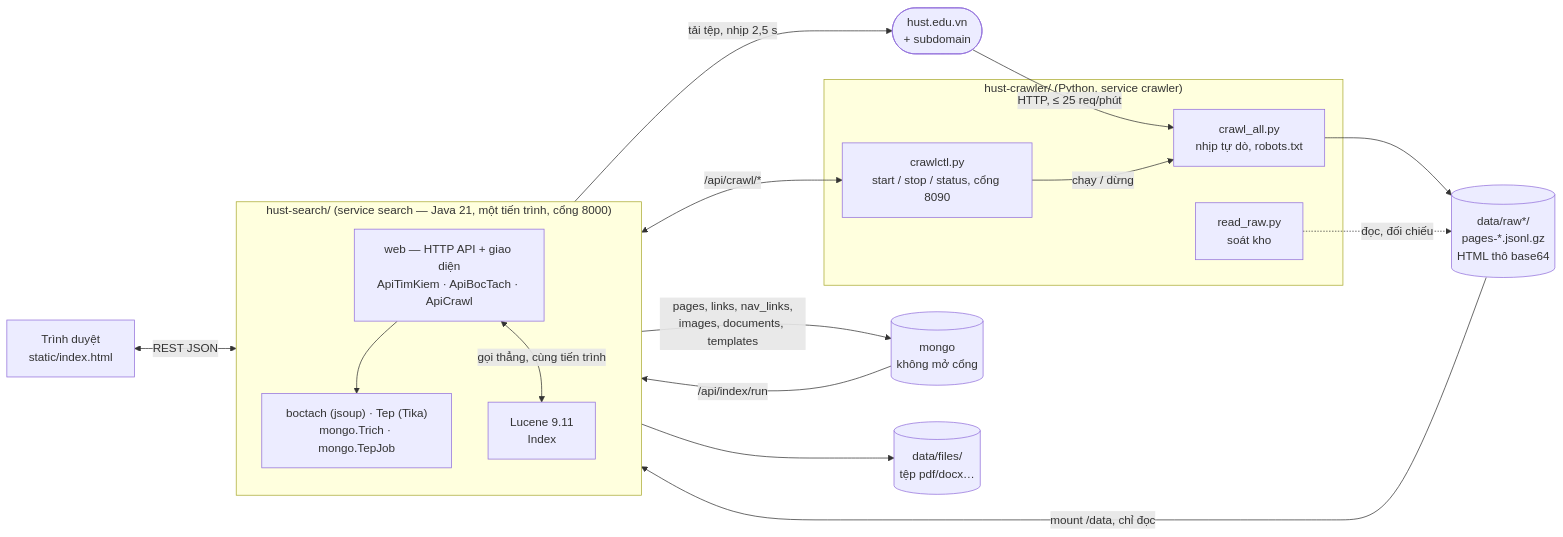
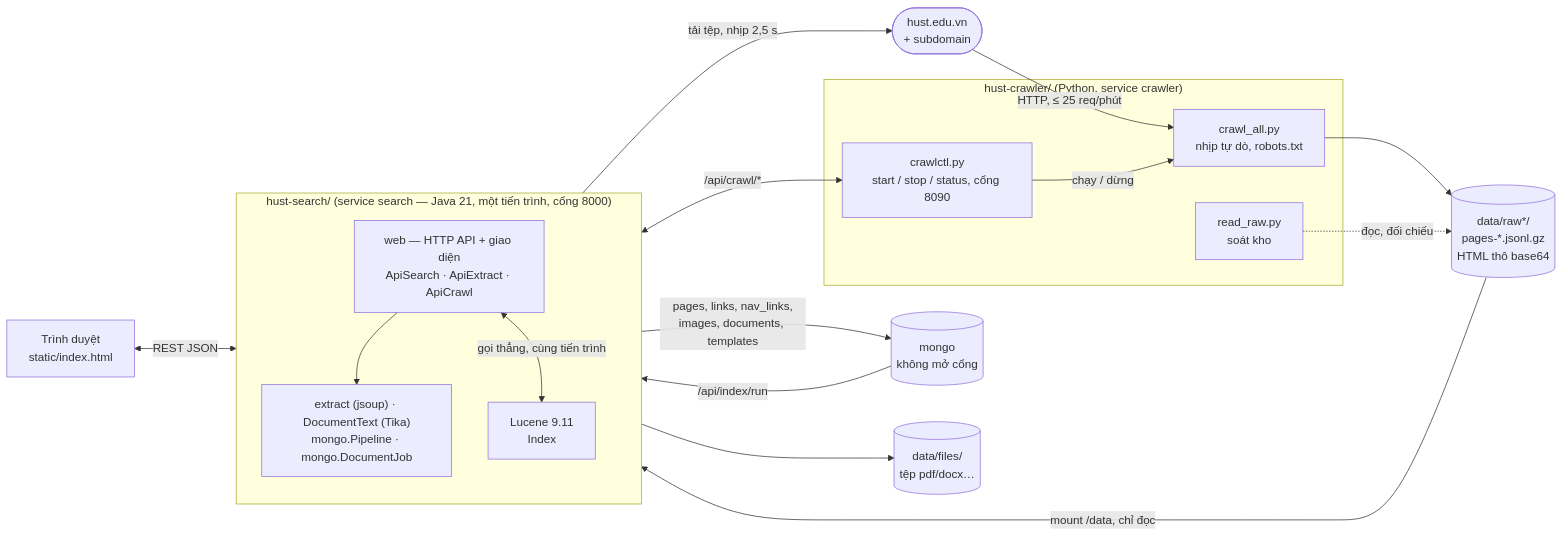
The first of 21 diagrams in BAO-CAO-KY-THUAT.md (nguyenpnguyen/di-project), drawn with Mermaid before and after one commit. The commit also changed other lines of this file and 55 other files, not shown here.

````diff
--- a/BAO-CAO-KY-THUAT.md
+++ b/BAO-CAO-KY-THUAT.md
@@ -33,37 +33,37 @@
 ```mermaid
 flowchart LR
     WEB(["hust.edu.vn<br/>+ subdomain"])
 
     subgraph CR["hust-crawler/ (Python, service crawler)"]
         CA["crawl_all.py<br/>nhịp tự dò, robots.txt"]
         CT["crawlctl.py<br/>start / stop / status, cổng 8090"]
         RR["read_raw.py<br/>soát kho"]
     end
 
     KHO[("data/raw*/<br/>pages-*.jsonl.gz<br/>HTML thô base64")]
 
     subgraph ST["hust-search/ (service search — Java 21, một tiến trình, cổng 8000)"]
         direction TB
-        API["web — HTTP API + giao diện<br/>ApiTimKiem · ApiBocTach · ApiCrawl"]
-        BT["boctach (jsoup) · Tep (Tika)<br/>mongo.Trich · mongo.TepJob"]
+        API["web — HTTP API + giao diện<br/>ApiSearch · ApiExtract · ApiCrawl"]
+        BT["extract (jsoup) · DocumentText (Tika)<br/>mongo.Pipeline · mongo.DocumentJob"]
         LC["Lucene 9.11<br/>Index"]
     end
     MG[("mongo<br/>không mở cổng")]
 
     UI["Trình duyệt<br/>static/index.html"]
     TEP[("data/files/<br/>tệp pdf/docx…")]
 
     WEB -->|"HTTP, ≤ 25 req/phút"| CA
     CT -->|"chạy / dừng"| CA
     CA --> KHO
     RR -.->|"đọc, đối chiếu"| KHO
     KHO -->|"mount /data, chỉ đọc"| BT
     API --> BT
     BT -->|"pages, links, nav_links,<br/>images, documents, templates"| MG
     MG -->|"/api/index/run"| LC
     API <-->|"/api/crawl/*"| CT
     BT -->|"tải tệp, nhịp 2,5 s"| WEB
     BT --> TEP
     UI <-->|"REST JSON"| API
     API <-->|"gọi thẳng, cùng tiến trình"| LC
 ```
````
